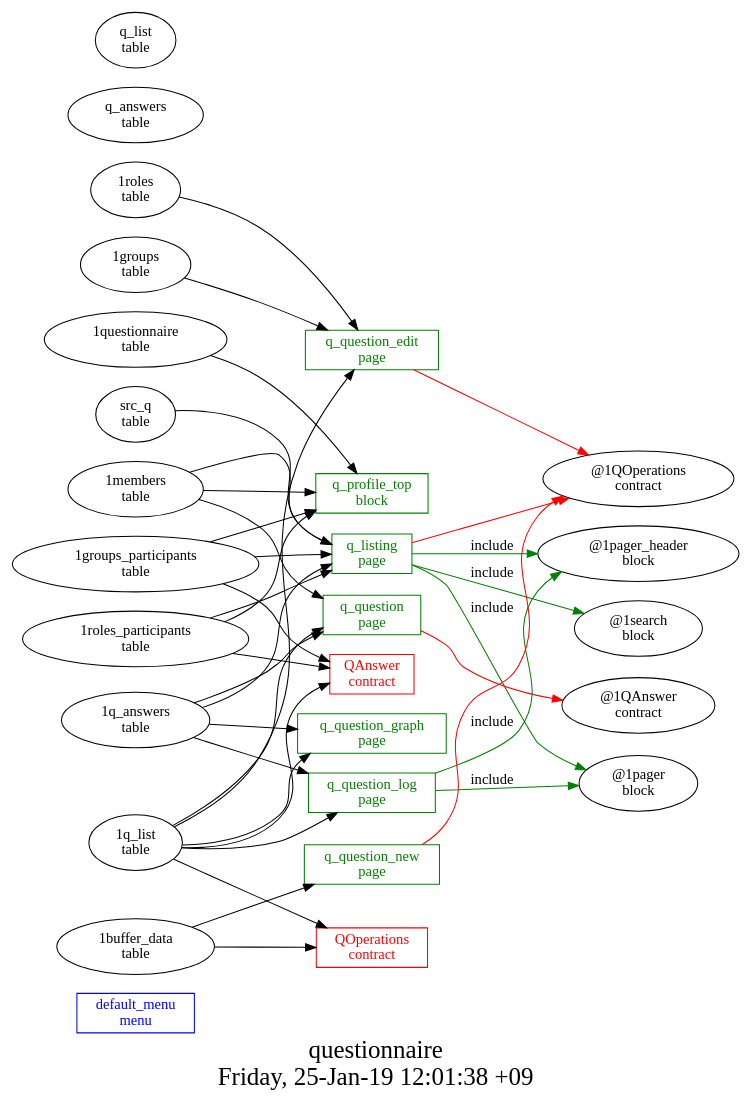
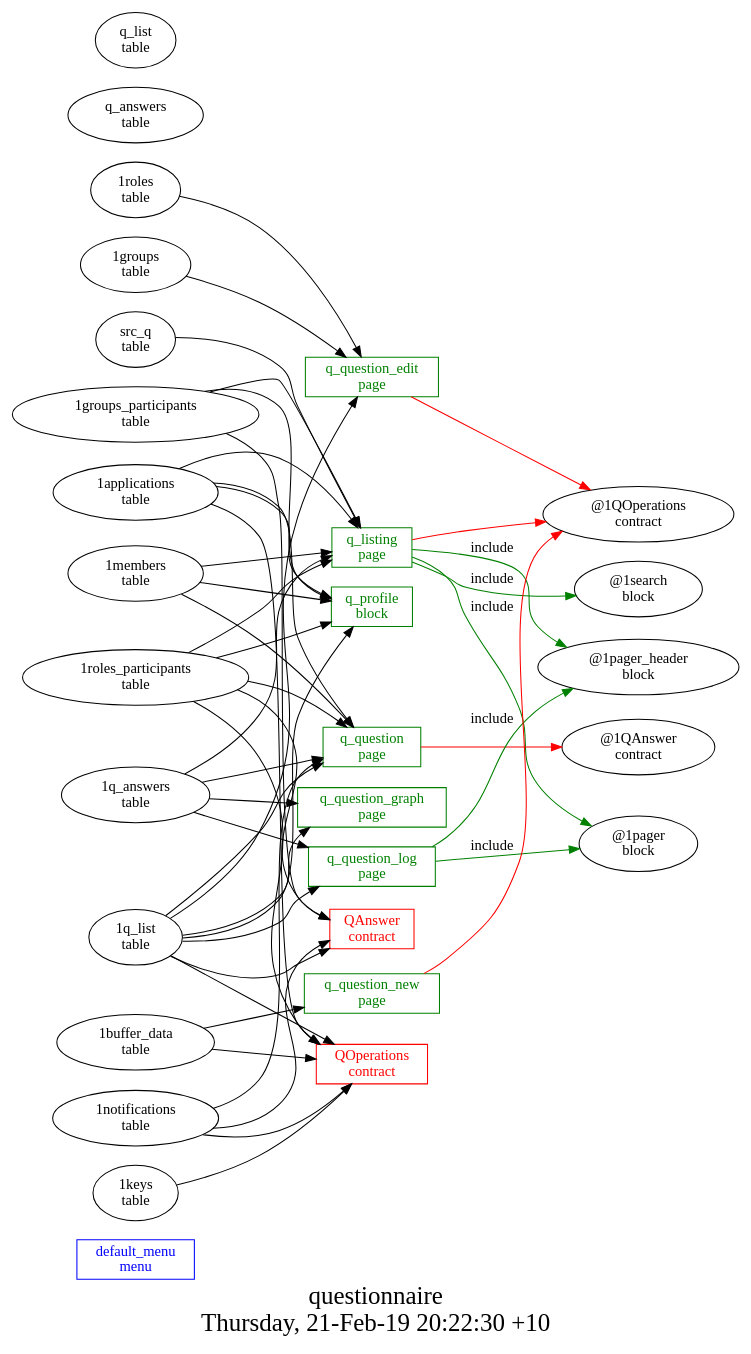
One commit to AplaProject/apps changed the diagram in platform_apps/questionnaire/struct.dot. Above: the diagram before and after it, drawn with Graphviz. The commit also changed 21 other files, not shown here.

```diff
--- a/platform_apps/questionnaire/struct.dot
+++ b/platform_apps/questionnaire/struct.dot
@@ -1,54 +1,64 @@
 digraph G {
 fontsize="24";
-label="questionnaire\nFriday, 25-Jan-19 12:01:38 +09";
+label="questionnaire\nThursday, 21-Feb-19 20:22:30 +10";
 nojustify=true;
 ordering=out;
 rankdir=LR;
 size="30";
 "default_menu\nmenu" [color=blue, fontcolor=blue, group=menus, shape=record];
 "q_listing\npage" -> "@1QOperations\ncontract"  [ color=red ]
+"1applications\ntable" -> "q_listing\npage"
+"1roles_participants\ntable" -> "q_listing\npage"
 "src_q\ntable" -> "q_listing\npage"
 "1groups_participants\ntable" -> "q_listing\npage"
-"1roles_participants\ntable" -> "q_listing\npage"
 "1members\ntable" -> "q_listing\npage"
 "1q_answers\ntable" -> "q_listing\npage"
 "q_listing\npage" -> "@1pager_header\nblock"  [ color=green, label=include ]
 "q_listing\npage" -> "@1search\nblock"  [ color=green, label=include ]
 "q_listing\npage" -> "@1pager\nblock"  [ color=green, label=include ]
 "q_listing\npage" [color=green, fontcolor=green, group=pages, shape=record];
 "q_question\npage" -> "@1QAnswer\ncontract"  [ color=red ]
+"1notifications\ntable" -> "q_question\npage"
 "1q_list\ntable" -> "q_question\npage"
 "1q_answers\ntable" -> "q_question\npage"
 "1members\ntable" -> "q_question\npage"
+"1applications\ntable" -> "q_question\npage"
+"1roles_participants\ntable" -> "q_question\npage"
 "q_question\npage" [color=green, fontcolor=green, group=pages, shape=record];
 "q_question_edit\npage" -> "@1QOperations\ncontract"  [ color=red ]
 "1q_list\ntable" -> "q_question_edit\npage"
 "1roles\ntable" -> "q_question_edit\npage"
 "1groups\ntable" -> "q_question_edit\npage"
 "q_question_edit\npage" [color=green, fontcolor=green, group=pages, shape=record];
 "1q_list\ntable" -> "q_question_graph\npage"
 "1q_answers\ntable" -> "q_question_graph\npage"
 "q_question_graph\npage" [color=green, fontcolor=green, group=pages, shape=record];
 "1q_list\ntable" -> "q_question_log\npage"
 "1q_answers\ntable" -> "q_question_log\npage"
 "q_question_log\npage" -> "@1pager_header\nblock"  [ color=green, label=include ]
 "q_question_log\npage" -> "@1pager\nblock"  [ color=green, label=include ]
 "q_question_log\npage" [color=green, fontcolor=green, group=pages, shape=record];
 "q_question_new\npage" -> "@1QOperations\ncontract"  [ color=red ]
 "1buffer_data\ntable" -> "q_question_new\npage"
 "q_question_new\npage" [color=green, fontcolor=green, group=pages, shape=record];
-"1questionnaire\ntable" -> "q_profile_top\nblock"
-"1groups_participants\ntable" -> "q_profile_top\nblock"
-"1roles_participants\ntable" -> "q_profile_top\nblock"
-"1members\ntable" -> "q_profile_top\nblock"
-"q_profile_top\nblock" [color=green, fontcolor=green, group=blocks, shape=record];
+"1applications\ntable" -> "q_profile\nblock"
+"1roles_participants\ntable" -> "q_profile\nblock"
+"1q_list\ntable" -> "q_profile\nblock"
+"1groups_participants\ntable" -> "q_profile\nblock"
+"1members\ntable" -> "q_profile\nblock"
+"q_profile\nblock" [color=green, fontcolor=green, group=blocks, shape=record];
 "1q_list\ntable" -> "QAnswer\ncontract"
 "1roles_participants\ntable" -> "QAnswer\ncontract"
 "1groups_participants\ntable" -> "QAnswer\ncontract"
+"1notifications\ntable" -> "QAnswer\ncontract"
 "QAnswer\ncontract" [color=red, fontcolor=red, group=contracts, shape=record];
+"1applications\ntable" -> "QOperations\ncontract"
+"1roles_participants\ntable" -> "QOperations\ncontract"
 "1q_list\ntable" -> "QOperations\ncontract"
 "1buffer_data\ntable" -> "QOperations\ncontract"
+"1keys\ntable" -> "QOperations\ncontract"
+"1notifications\ntable" -> "QOperations\ncontract"
 "QOperations\ncontract" [color=red, fontcolor=red, group=contracts, shape=record];
 "q_answers\ntable" [color="", fontcolor="", group=tables, shape=""];
 "q_list\ntable" [color="", fontcolor="", group=tables, shape=""];
 }
```
